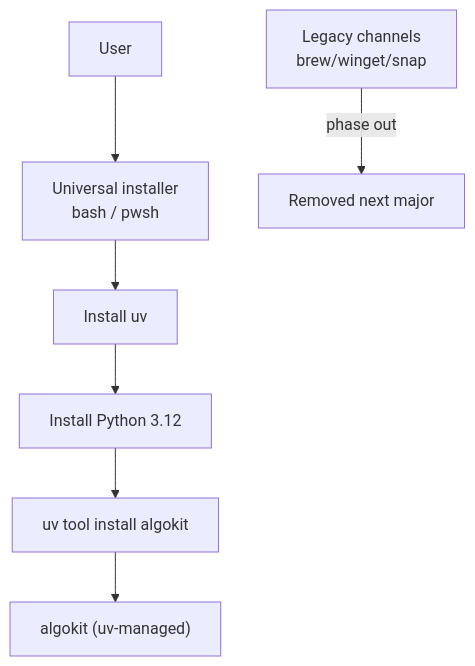
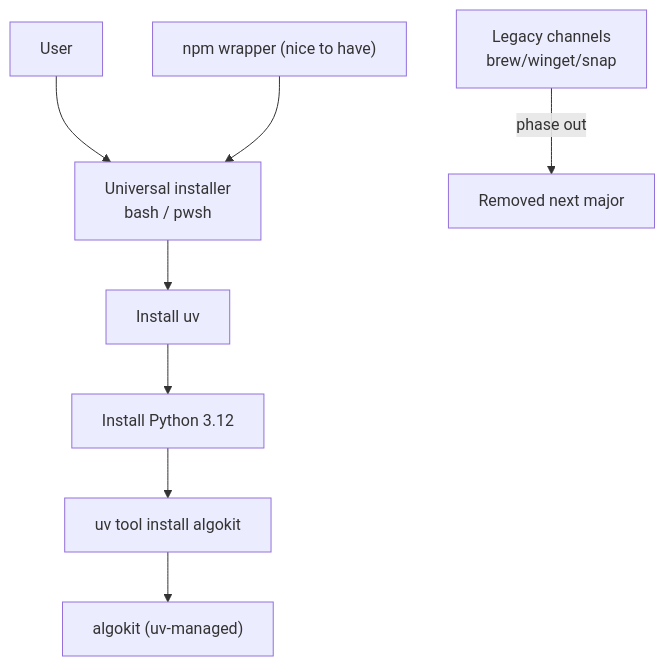
The first of 3 diagrams in docs/architecture-decisions/2026-02-05_simplify-distribution-options.md (algorandfoundation/algokit-cli), drawn with Mermaid before and after one commit. The commit also changed other lines of this file, not shown here.

Commit message:
chore: note npm

````diff
--- a/docs/architecture-decisions/2026-02-05_simplify-distribution-options.md
+++ b/docs/architecture-decisions/2026-02-05_simplify-distribution-options.md
@@ -33,9 +33,10 @@
 ```mermaid
 flowchart TD
   U[User] --> I["Universal installer<br/>bash / pwsh"]
   I --> UV["Install uv"]
   UV --> PY["Install Python 3.12"]
   PY --> A["uv tool install algokit"]
   A --> CLI["algokit (uv-managed)"]
+  NPM["npm wrapper (nice to have)"] --> I
   L[Legacy channels<br/>brew/winget/snap] -->|phase out| X["Removed next major"]
 ```
````
